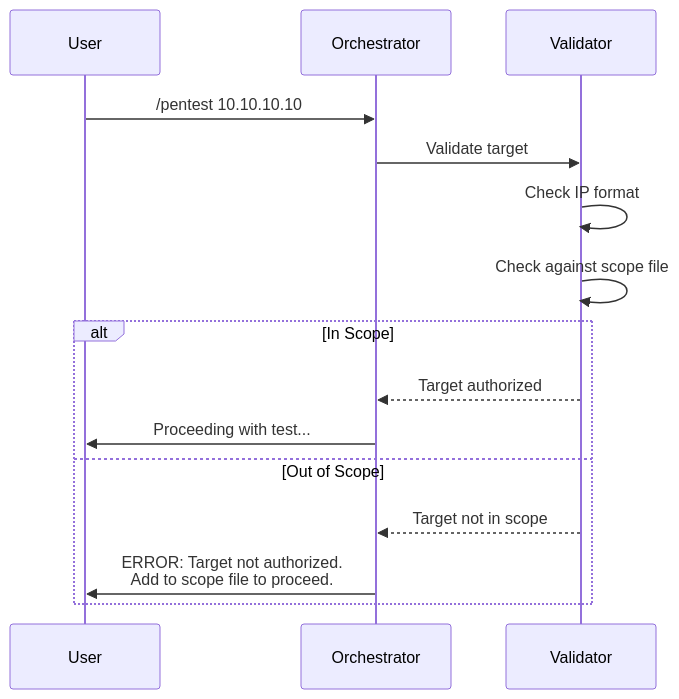
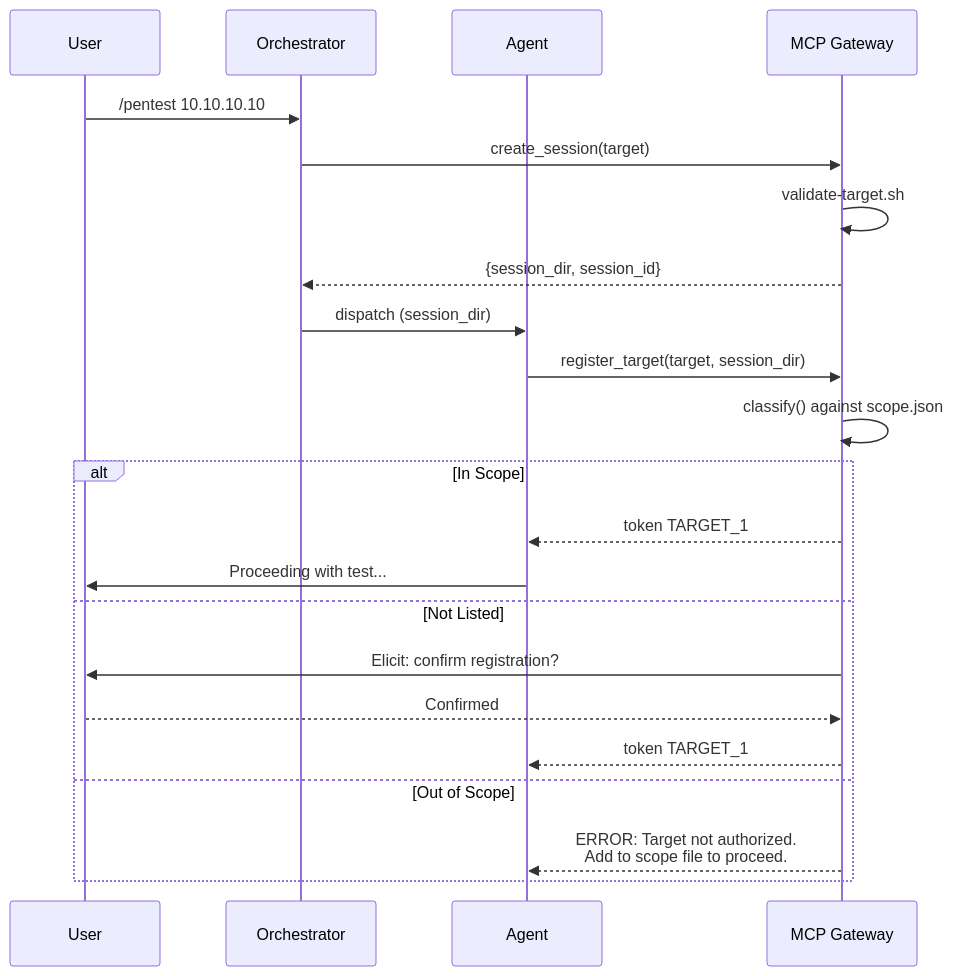
Before and after one commit to goldenapplestudios/Clicky: the seventh of 7 diagrams in docs/architecture.md, drawn with Mermaid. The commit also changed other lines of this file and 9 other files, not shown here.

First line of the commit message:
Bring documentation up to date with the MCP gateway migration and latest capabilities

````diff
--- a/docs/architecture.md
+++ b/docs/architecture.md
@@ -710,19 +724,26 @@
 ```mermaid
 sequenceDiagram
     participant U as User
     participant O as Orchestrator
-    participant V as Validator
+    participant A as Agent
+    participant GW as MCP Gateway
 
     U->>O: /pentest 10.10.10.10
-    O->>V: Validate target
-    V->>V: Check IP format
-    V->>V: Check against scope file
+    O->>GW: create_session(target)
+    GW->>GW: validate-target.sh
+    GW-->>O: {session_dir, session_id}
+    O->>A: dispatch (session_dir)
+    A->>GW: register_target(target, session_dir)
+    GW->>GW: classify() against scope.json
 
     alt In Scope
-        V-->>O: Target authorized
-        O->>U: Proceeding with test...
+        GW-->>A: token TARGET_1
+        A->>U: Proceeding with test...
+    else Not Listed
+        GW->>U: Elicit: confirm registration?
+        U-->>GW: Confirmed
+        GW-->>A: token TARGET_1
     else Out of Scope
-        V-->>O: Target not in scope
-        O->>U: ERROR: Target not authorized.<br/>Add to scope file to proceed.
+        GW-->>A: ERROR: Target not authorized.<br/>Add to scope file to proceed.
     end
 ```
````
